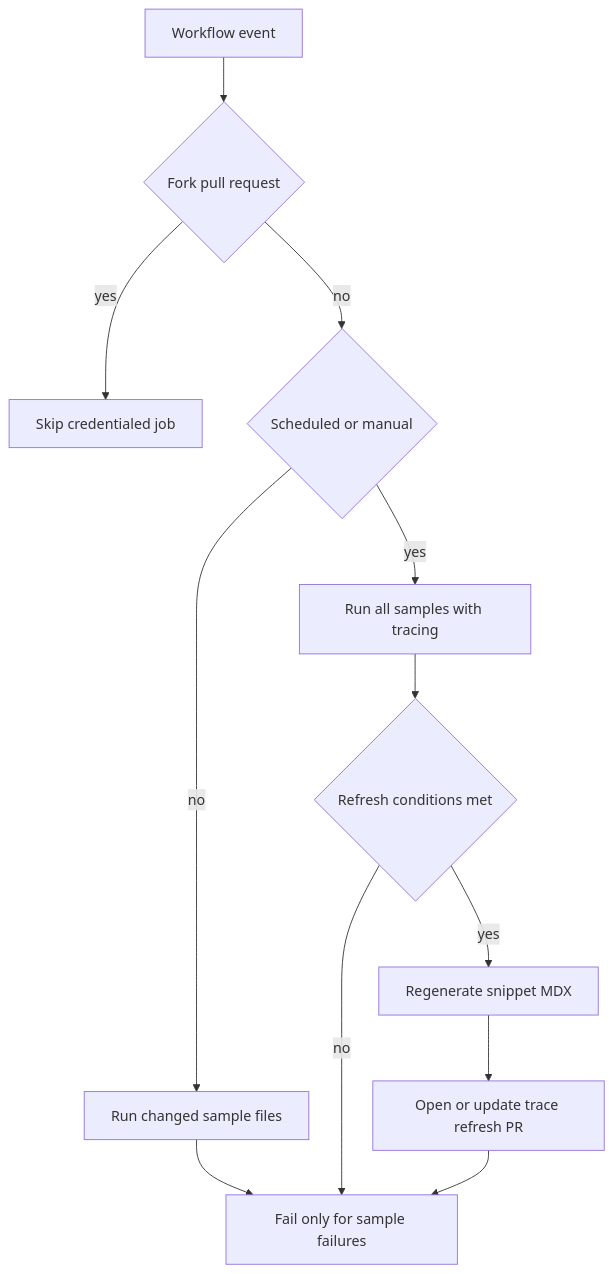
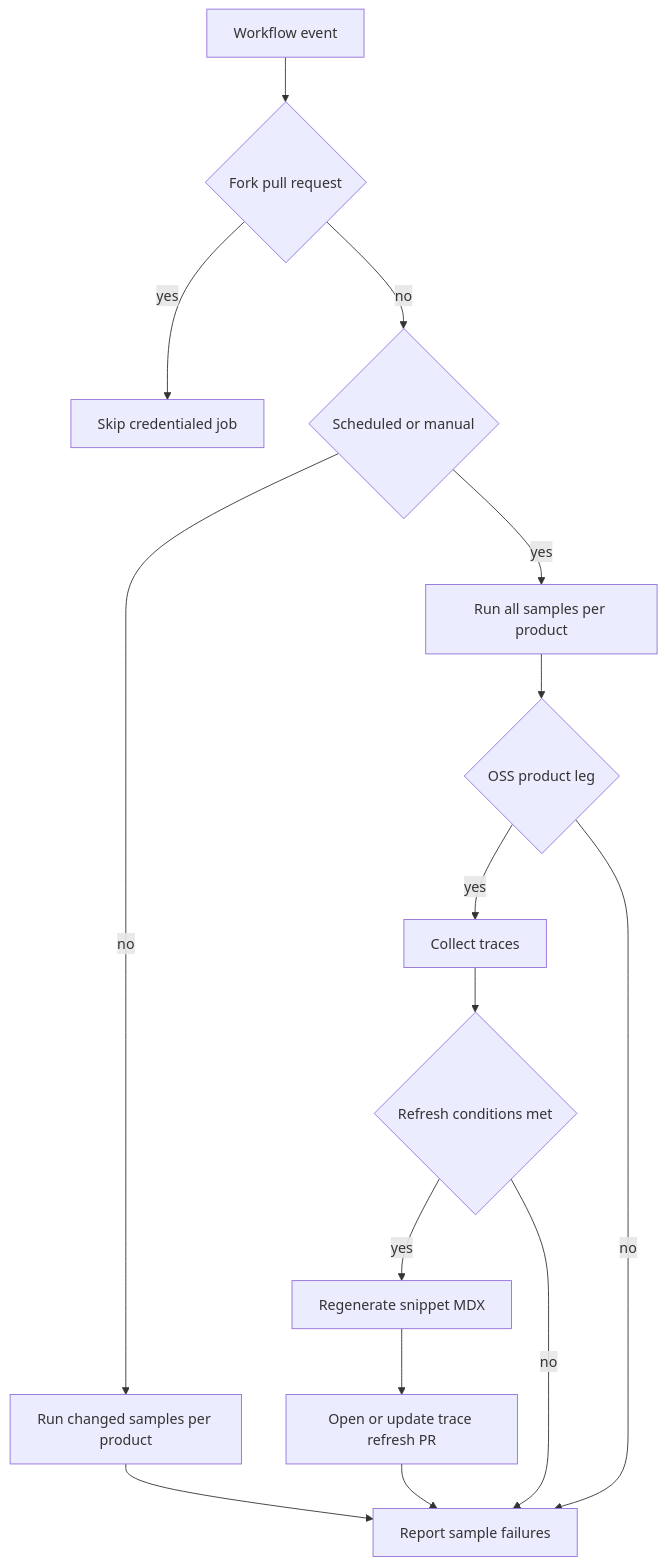
One commit to langchain-ai/docs changed the second of 2 diagrams in openwiki/testing/test-overview.md. Above: the diagram before and after it, drawn with Mermaid. The commit also changed other lines of this file and 45 other files, not shown here.

````diff
--- a/openwiki/testing/test-overview.md
+++ b/openwiki/testing/test-overview.md
@@ -121,14 +123,17 @@
 ```mermaid
 flowchart TD
-  Event["Workflow event"] --> Trust{"Fork pull request"}
-  Trust -->|"yes"| Skip["Skip credentialed job"]
-  Trust -->|"no"| Scope{"Scheduled or manual"}
-  Scope -->|"no"| Changed["Run changed sample files"]
-  Scope -->|"yes"| All["Run all samples with tracing"]
-  Changed --> Final["Fail only for sample failures"]
-  All --> Gate{"Refresh conditions met"}
+  Event["Workflow event"] --> Fork{"Fork pull request"}
+  Fork -->|"yes"| Skip["Skip credentialed job"]
+  Fork -->|"no"| Scope{"Scheduled or manual"}
+  Scope -->|"no"| Changed["Run changed samples per product"]
+  Scope -->|"yes"| All["Run all samples per product"]
+  All --> Oss{"OSS product leg"}
+  Oss -->|"yes"| Trace["Collect traces"]
+  Oss -->|"no"| Final["Report sample failures"]
+  Trace --> Gate{"Refresh conditions met"}
   Gate -->|"yes"| Snippets["Regenerate snippet MDX"]
   Gate -->|"no"| Final
+  Changed --> Final
   Snippets --> PullRequest["Open or update trace refresh PR"]
   PullRequest --> Final
 ```
````
